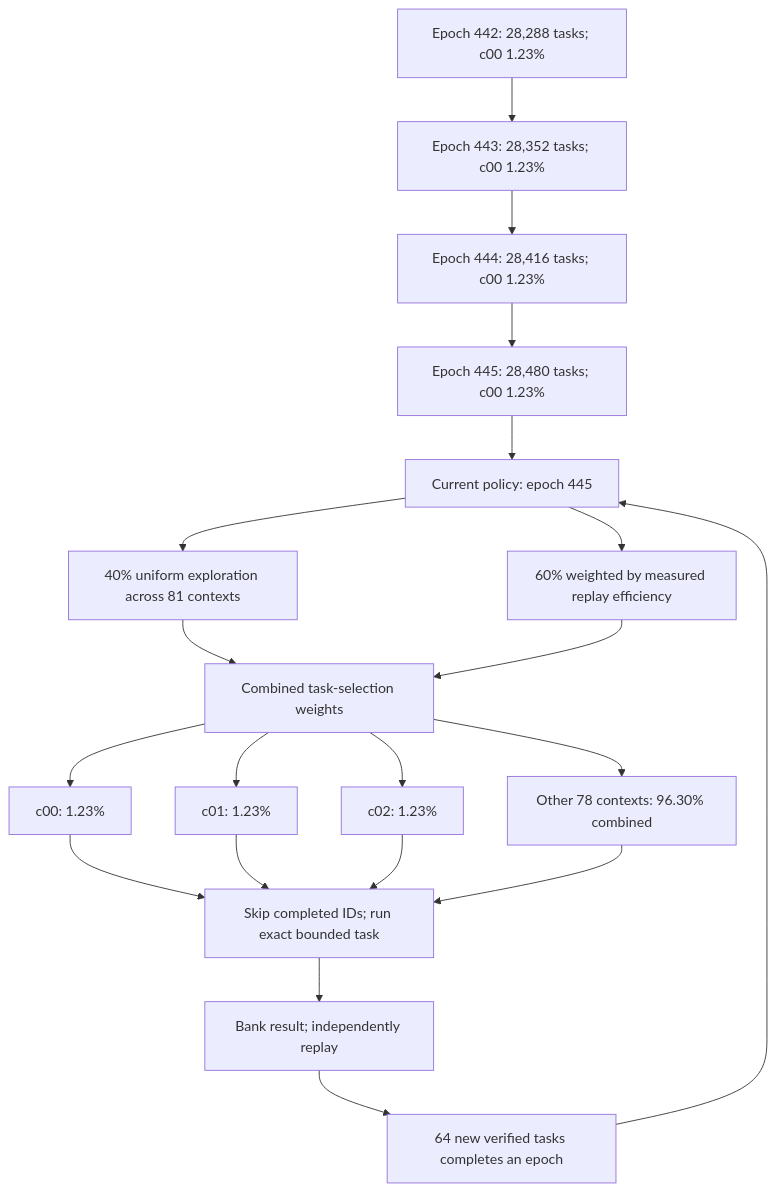
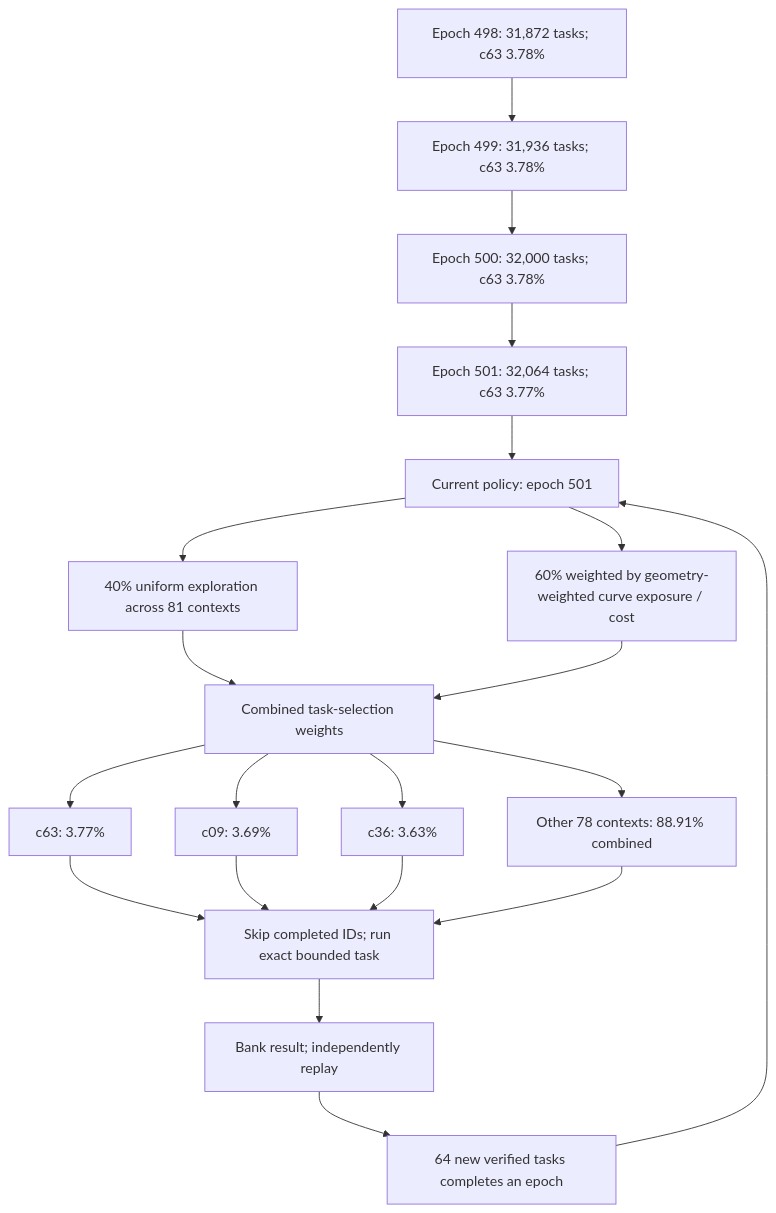
The first of 3 diagrams in README.md (Kuberwastaken/math-gambling), drawn with Mermaid before and after one commit. The commit also changed other lines of this file and 7067 other files, not shown here.

````diff
--- a/README.md
+++ b/README.md
@@ -50,27 +55,27 @@
 ```mermaid
 flowchart TD
-    H0["Epoch 442: 28,288 tasks; c00 1.23%"]
-    H1["Epoch 443: 28,352 tasks; c00 1.23%"]
+    H0["Epoch 498: 31,872 tasks; c63 3.78%"]
+    H1["Epoch 499: 31,936 tasks; c63 3.78%"]
     H0 --> H1
-    H2["Epoch 444: 28,416 tasks; c00 1.23%"]
+    H2["Epoch 500: 32,000 tasks; c63 3.78%"]
     H1 --> H2
-    H3["Epoch 445: 28,480 tasks; c00 1.23%"]
+    H3["Epoch 501: 32,064 tasks; c63 3.77%"]
     H2 --> H3
-    Policy["Current policy: epoch 445"]
+    Policy["Current policy: epoch 501"]
     H3 --> Policy
     Policy --> Explore["40% uniform exploration across 81 contexts"]
-    Policy --> Cost["60% weighted by measured replay efficiency"]
+    Policy --> Cost["60% weighted by geometry-weighted curve exposure / cost"]
     Explore --> Mix["Combined task-selection weights"]
     Cost --> Mix
-    Mix --> C0["c00: 1.23%"]
-    Mix --> C1["c01: 1.23%"]
-    Mix --> C2["c02: 1.23%"]
-    Mix --> Rest["Other 78 contexts: 96.30% combined"]
+    Mix --> C0["c63: 3.77%"]
+    Mix --> C1["c09: 3.69%"]
+    Mix --> C2["c36: 3.63%"]
+    Mix --> Rest["Other 78 contexts: 88.91% combined"]
     C0 --> Check["Skip completed IDs; run exact bounded task"]
     C1 --> Check
     C2 --> Check
     Rest --> Check
     Check --> Replay["Bank result; independently replay"]
     Replay --> Gate["64 new verified tasks completes an epoch"]
     Gate --> Policy
 ```
````
